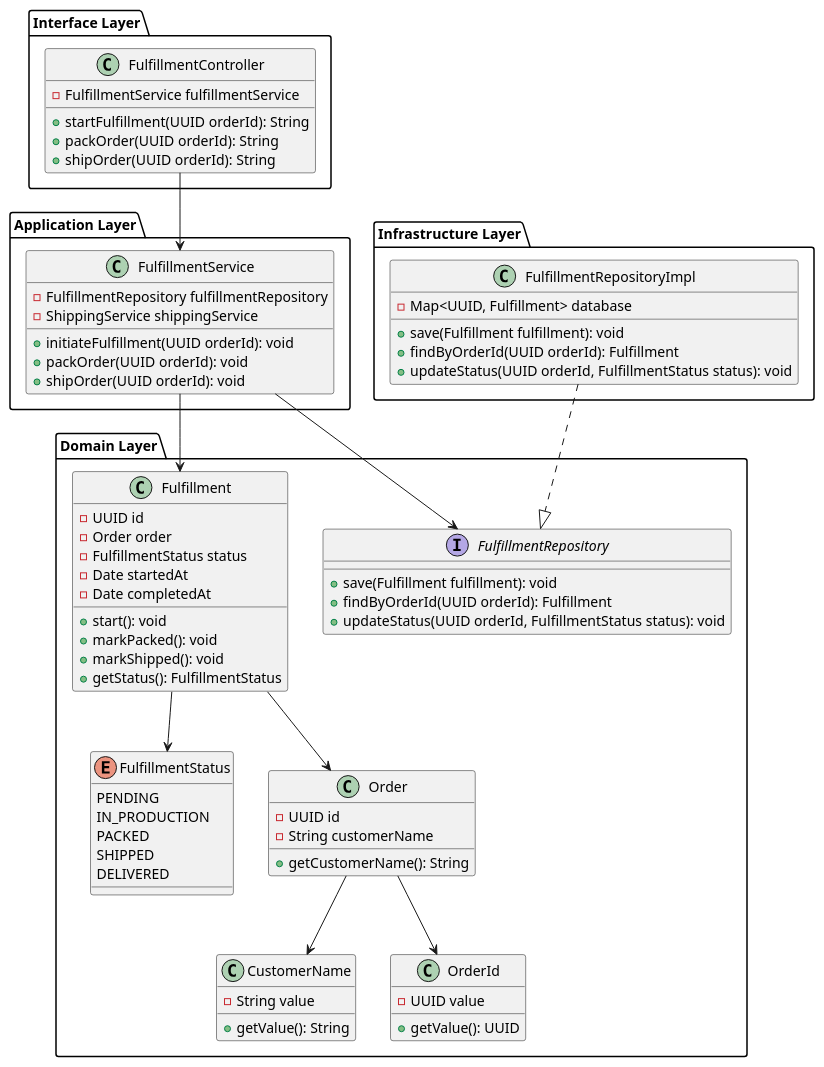
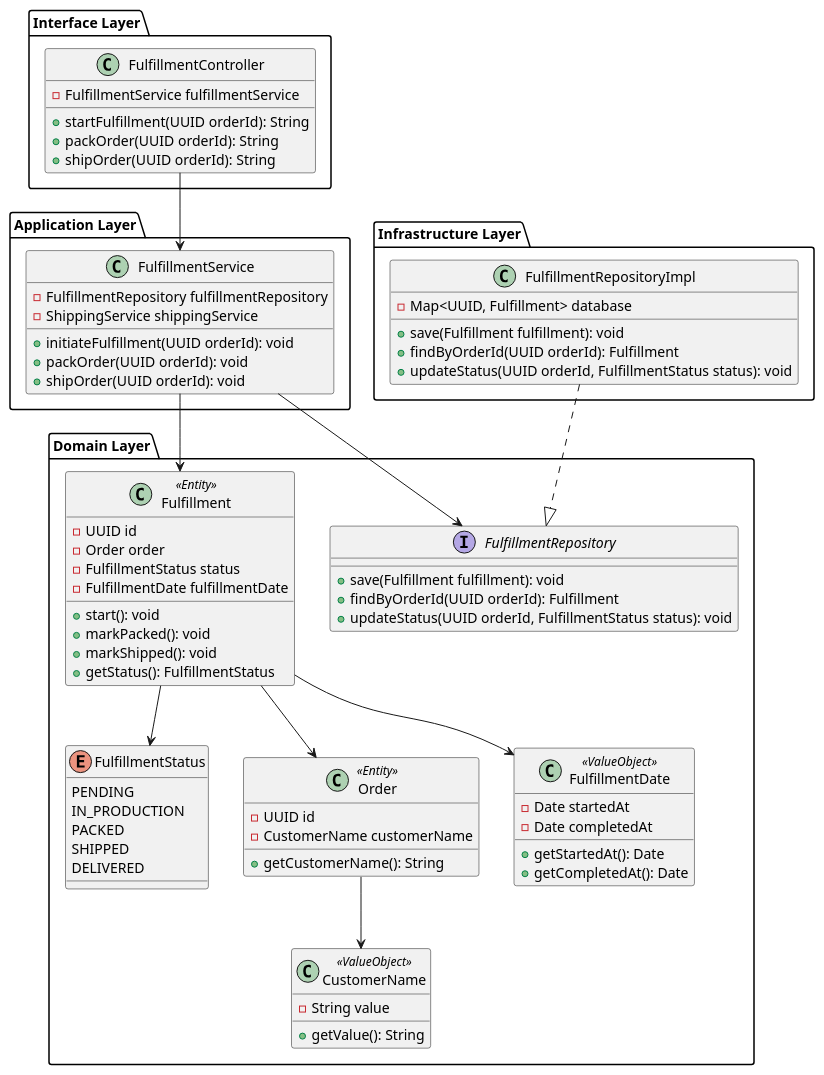
The diagram in Order Fulfillment.puml (JonatanFD/diagrama-clase), drawn with PlantUML before and after one commit. The commit also changed 1 other file, not shown here.

Commit message:
feat: add  labels to Design studio and Order Fulfillment

```diff
--- a/Order Fulfillment.puml
+++ b/Order Fulfillment.puml
@@ -1,106 +1,102 @@
 @startuml
 ' =============================
 ' DOMAIN LAYER
 ' =============================
 package "Domain Layer" {
 
-  class Fulfillment {
+  class Fulfillment <<Entity>> {
     - UUID id
     - Order order
     - FulfillmentStatus status
-    - Date startedAt
-    - Date completedAt
+    - FulfillmentDate fulfillmentDate
     + start(): void
     + markPacked(): void
     + markShipped(): void
     + getStatus(): FulfillmentStatus
   }
 
   enum FulfillmentStatus {
     PENDING
     IN_PRODUCTION
     PACKED
     SHIPPED
     DELIVERED
   }
 
-  class Order {
+  class Order <<Entity>> {
     - UUID id
-    - String customerName
+    - CustomerName customerName
     + getCustomerName(): String
   }
 
   interface FulfillmentRepository {
     + save(Fulfillment fulfillment): void
     + findByOrderId(UUID orderId): Fulfillment
     + updateStatus(UUID orderId, FulfillmentStatus status): void
   }
 
-  class CustomerName {
+  class CustomerName <<ValueObject>> {
     - String value
     + getValue(): String
   }
 
-  class OrderId {
-    - UUID value
-    + getValue(): UUID
+  class FulfillmentDate <<ValueObject>> {
+    - Date startedAt
+    - Date completedAt
+    + getStartedAt(): Date
+    + getCompletedAt(): Date
   }
 
   Order --> CustomerName
-  Order --> OrderId
-
-
   Fulfillment --> Order
   Fulfillment --> FulfillmentStatus
+  Fulfillment --> FulfillmentDate
 }
 
 ' =============================
 ' APPLICATION LAYER
 ' =============================
 package "Application Layer" {
 
   class FulfillmentService {
     - FulfillmentRepository fulfillmentRepository
     - ShippingService shippingService
     + initiateFulfillment(UUID orderId): void
     + packOrder(UUID orderId): void
     + shipOrder(UUID orderId): void
   }
 
   FulfillmentService --> Fulfillment
   FulfillmentService --> FulfillmentRepository
-  
 }
 
 ' =============================
 ' INFRASTRUCTURE LAYER
 ' =============================
 package "Infrastructure Layer" {
 
   class FulfillmentRepositoryImpl {
     - Map<UUID, Fulfillment> database
     + save(Fulfillment fulfillment): void
     + findByOrderId(UUID orderId): Fulfillment
     + updateStatus(UUID orderId, FulfillmentStatus status): void
   }
 
   FulfillmentRepositoryImpl ..|> FulfillmentRepository
-
-   
 }
 
 ' =============================
 ' INTERFACE LAYER
 ' =============================
 package "Interface Layer" {
 
   class FulfillmentController {
     - FulfillmentService fulfillmentService
     + startFulfillment(UUID orderId): String
     + packOrder(UUID orderId): String
     + shipOrder(UUID orderId): String
   }
 
   FulfillmentController --> FulfillmentService
 }
 @enduml
```
